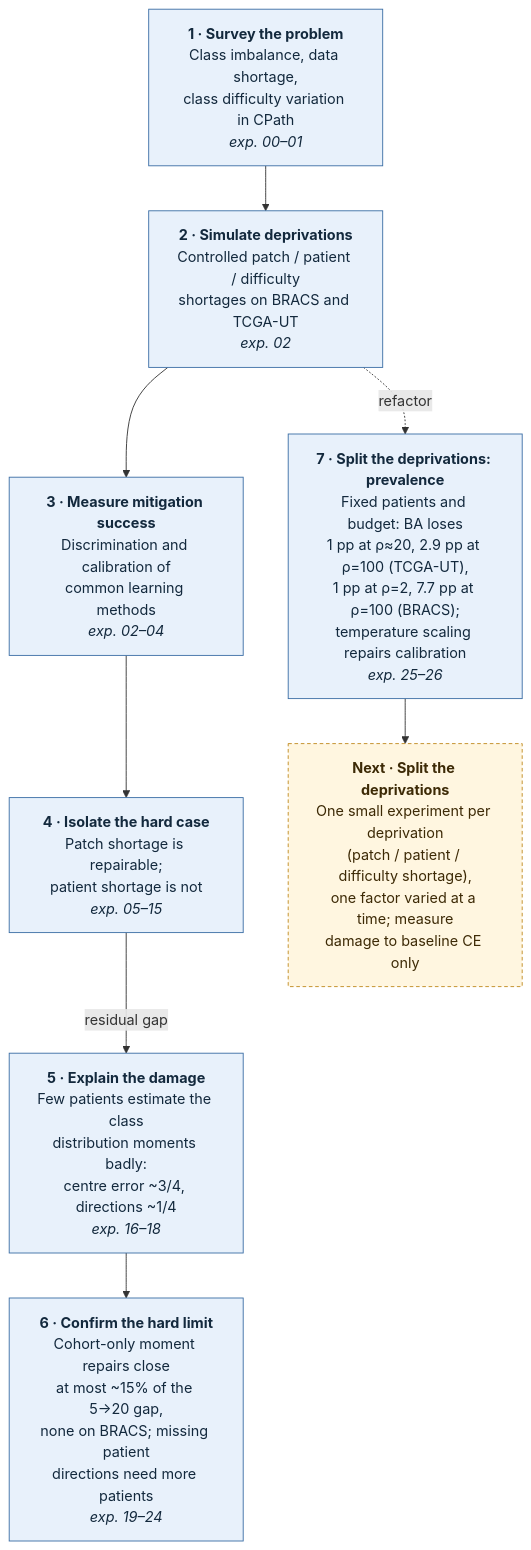
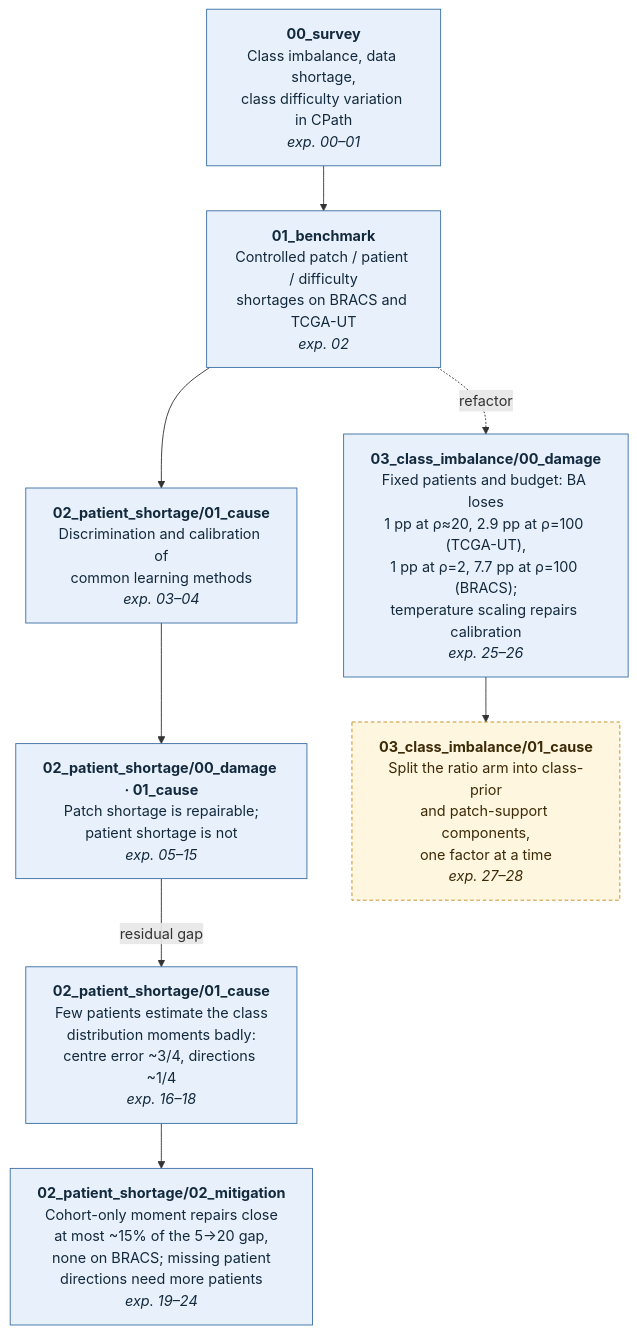
One commit to devWhyqueue/master-thesis changed the diagram in README.md. Above: the diagram before and after it, drawn with Mermaid. The commit also changed other lines of this file and 963 other files, not shown here.

````diff
--- a/README.md
+++ b/README.md
@@ -7,20 +7,20 @@
 ```mermaid
 flowchart TD
-    S1["<b>1 · Survey the problem</b><br/>Class imbalance, data shortage,<br/>class difficulty variation in CPath<br/><i>exp. 00–01</i>"]
-    S2["<b>2 · Simulate deprivations</b><br/>Controlled patch / patient / difficulty<br/>shortages on BRACS and TCGA-UT<br/><i>exp. 02</i>"]
-    S3["<b>3 · Measure mitigation success</b><br/>Discrimination and calibration of<br/>common learning methods<br/><i>exp. 02–04</i>"]
-    S4["<b>4 · Isolate the hard case</b><br/>Patch shortage is repairable;<br/>patient shortage is not<br/><i>exp. 05–15</i>"]
-    S5["<b>5 · Explain the damage</b><br/>Few patients estimate the class<br/>distribution moments badly:<br/>centre error ~3/4, directions ~1/4<br/><i>exp. 16–18</i>"]
-    S6["<b>6 · Confirm the hard limit</b><br/>Cohort-only moment repairs close<br/>at most ~15% of the 5→20 gap,<br/>none on BRACS; missing patient<br/>directions need more patients<br/><i>exp. 19–24</i>"]
+    S1["<b>00_survey</b><br/>Class imbalance, data shortage,<br/>class difficulty variation in CPath<br/><i>exp. 00–01</i>"]
+    S2["<b>01_benchmark</b><br/>Controlled patch / patient / difficulty<br/>shortages on BRACS and TCGA-UT<br/><i>exp. 02</i>"]
+    S3["<b>02_patient_shortage/01_cause</b><br/>Discrimination and calibration of<br/>common learning methods<br/><i>exp. 03–04</i>"]
+    S4["<b>02_patient_shortage/00_damage · 01_cause</b><br/>Patch shortage is repairable;<br/>patient shortage is not<br/><i>exp. 05–15</i>"]
+    S5["<b>02_patient_shortage/01_cause</b><br/>Few patients estimate the class<br/>distribution moments badly:<br/>centre error ~3/4, directions ~1/4<br/><i>exp. 16–18</i>"]
+    S6["<b>02_patient_shortage/02_mitigation</b><br/>Cohort-only moment repairs close<br/>at most ~15% of the 5→20 gap,<br/>none on BRACS; missing patient<br/>directions need more patients<br/><i>exp. 19–24</i>"]
 
-    S7["<b>7 · Split the deprivations: prevalence</b><br/>Fixed patients and budget: BA loses<br/>1 pp at ρ≈20, 2.9 pp at ρ=100 (TCGA-UT),<br/>1 pp at ρ=2, 7.7 pp at ρ=100 (BRACS);<br/>temperature scaling repairs calibration<br/><i>exp. 25–26</i>"]
-    N1["<b>Next · Split the deprivations</b><br/>One small experiment per deprivation<br/>(patch / patient / difficulty shortage),<br/>one factor varied at a time; measure<br/>damage to baseline CE only"]
+    S7["<b>03_class_imbalance/00_damage</b><br/>Fixed patients and budget: BA loses<br/>1 pp at ρ≈20, 2.9 pp at ρ=100 (TCGA-UT),<br/>1 pp at ρ=2, 7.7 pp at ρ=100 (BRACS);<br/>temperature scaling repairs calibration<br/><i>exp. 25–26</i>"]
+    N1["<b>03_class_imbalance/01_cause</b><br/>Split the ratio arm into class-prior<br/>and patch-support components,<br/>one factor at a time<br/><i>exp. 27–28</i>"]
 
     S1 --> S2 --> S3 --> S4 -- "residual gap" --> S5 --> S6
     S2 -. "refactor" .-> S7 --> N1
 
     classDef done fill:#e8f1fb,stroke:#3b6ea5,stroke-width:1px,color:#13293d;
     classDef next fill:#fff6e0,stroke:#c08a1e,stroke-width:1px,stroke-dasharray:4 3,color:#3d2a06;
     class S1,S2,S3,S4,S5,S6,S7 done;
     class N1 next;
 ```
````
